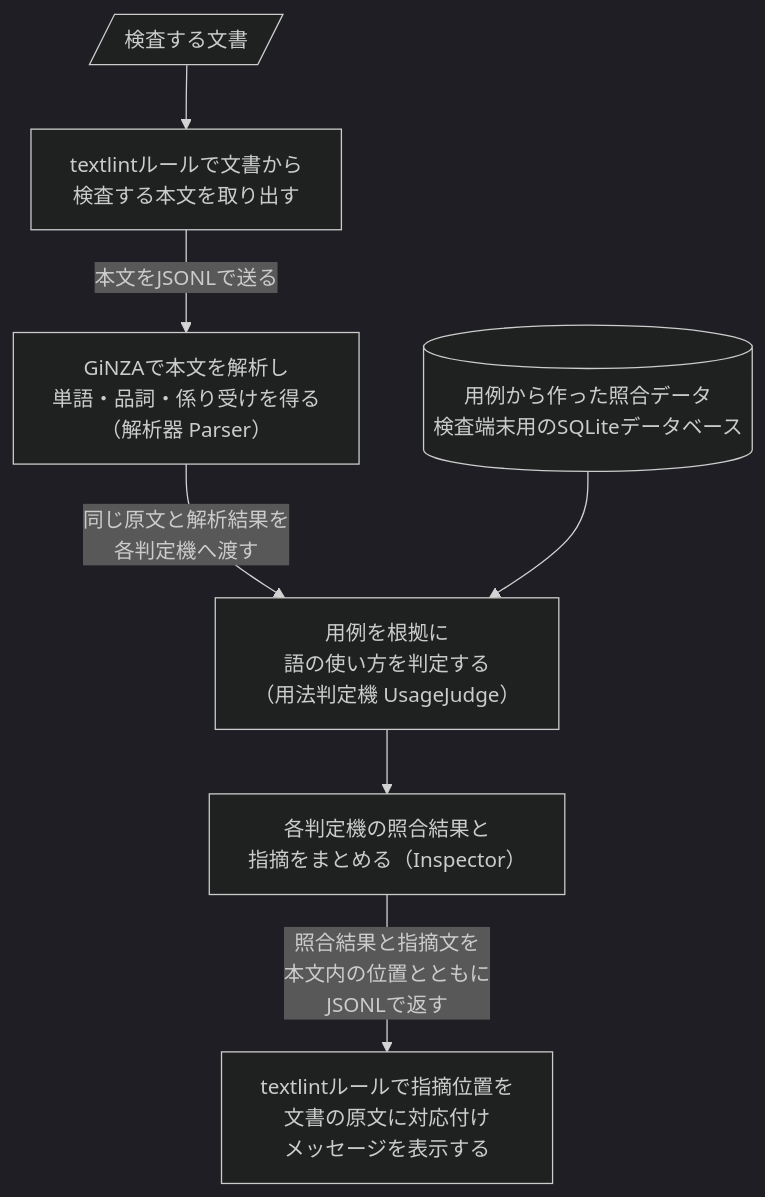
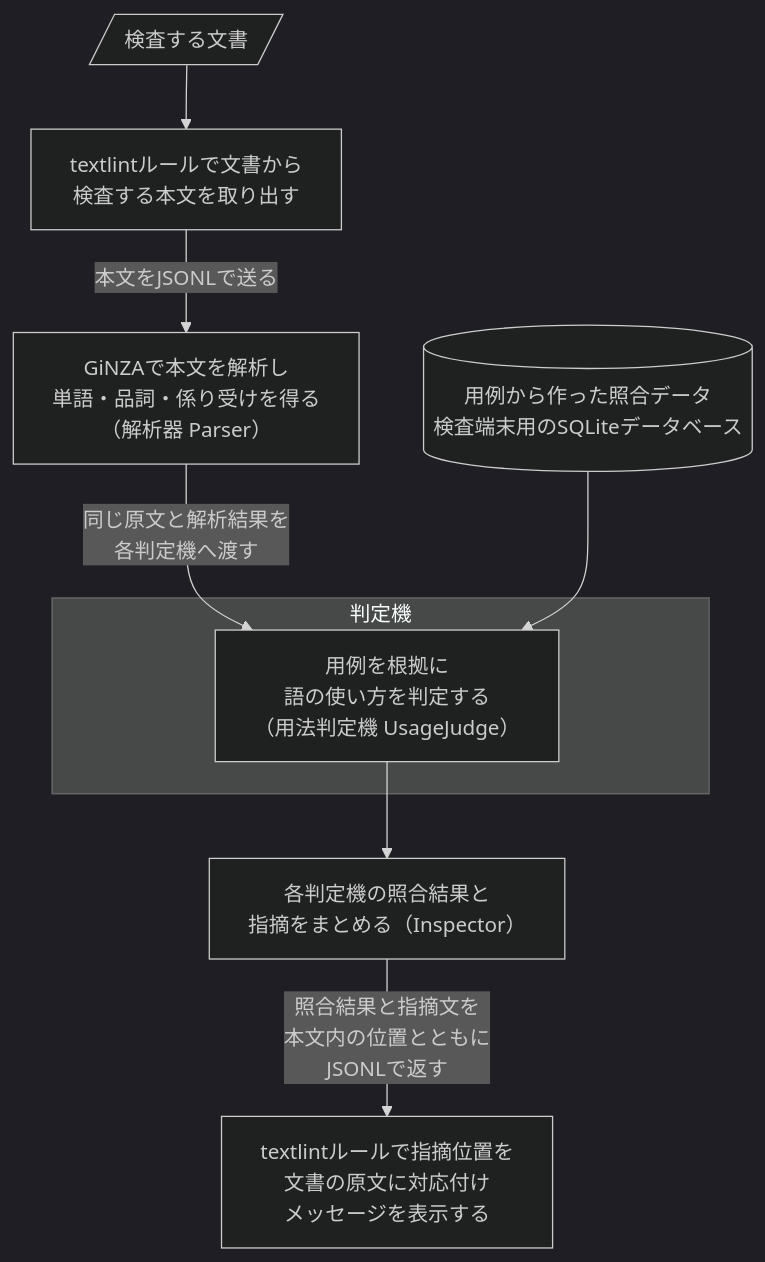
Before and after one commit to karin0624/use-native-japanese: the first of 2 diagrams in docs/design/architecture.md, drawn with Mermaid (dark theme).

Commit message:
UsageJudgeを判定機のsubgraphで囲む

````diff
--- a/docs/design/architecture.md
+++ b/docs/design/architecture.md
@@ -22,14 +22,17 @@
 ```mermaid
 ---
 config:
     flowchart:
         wrappingWidth: 320
 ---
 flowchart TB
     document[/検査する文書/] --> extract["textlintルールで文書から<br/>検査する本文を取り出す"]
     extract -->|本文をJSONLで送る| parser["GiNZAで本文を解析し<br/>単語・品詞・係り受けを得る<br/>（解析器 Parser）"]
-    parser -->|同じ原文と解析結果を<br/>各判定機へ渡す| judges["用例を根拠に<br/>語の使い方を判定する<br/>（用法判定機 UsageJudge）"]
+    subgraph judges_group["判定機"]
+        judges["用例を根拠に<br/>語の使い方を判定する<br/>（用法判定機 UsageJudge）"]
+    end
+    parser -->|同じ原文と解析結果を<br/>各判定機へ渡す| judges
     reference[("用例から作った照合データ<br/>検査端末用のSQLiteデータベース")] --> judges
     judges --> aggregate["各判定機の照合結果と<br/>指摘をまとめる（Inspector）"]
     aggregate -->|照合結果と指摘文を<br/>本文内の位置とともに<br/>JSONLで返す| report["textlintルールで指摘位置を<br/>文書の原文に対応付け<br/>メッセージを表示する"]
 ```
````
